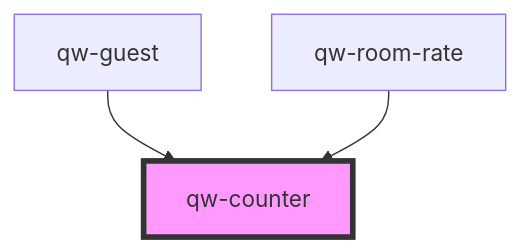
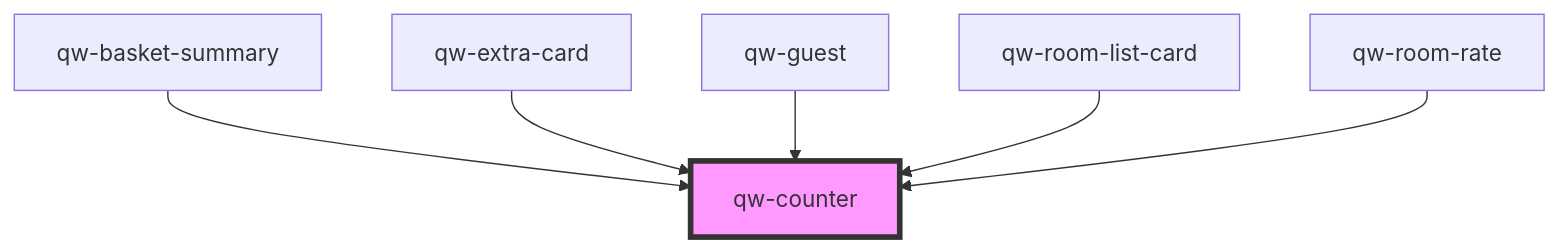
The diagram in src/components/shared/qw-counter/readme.md (qwentes-team/qw-hotels), drawn with Mermaid before and after one commit. The commit also changed other lines of this file and 9 other files, not shown here.

````diff
--- a/src/components/shared/qw-counter/readme.md
+++ b/src/components/shared/qw-counter/readme.md
@@ -32,6 +36,9 @@
 ```mermaid
 graph TD;
+  qw-basket-summary --> qw-counter
+  qw-extra-card --> qw-counter
   qw-guest --> qw-counter
+  qw-room-list-card --> qw-counter
   qw-room-rate --> qw-counter
   style qw-counter fill:#f9f,stroke:#333,stroke-width:4px
 ```
````
